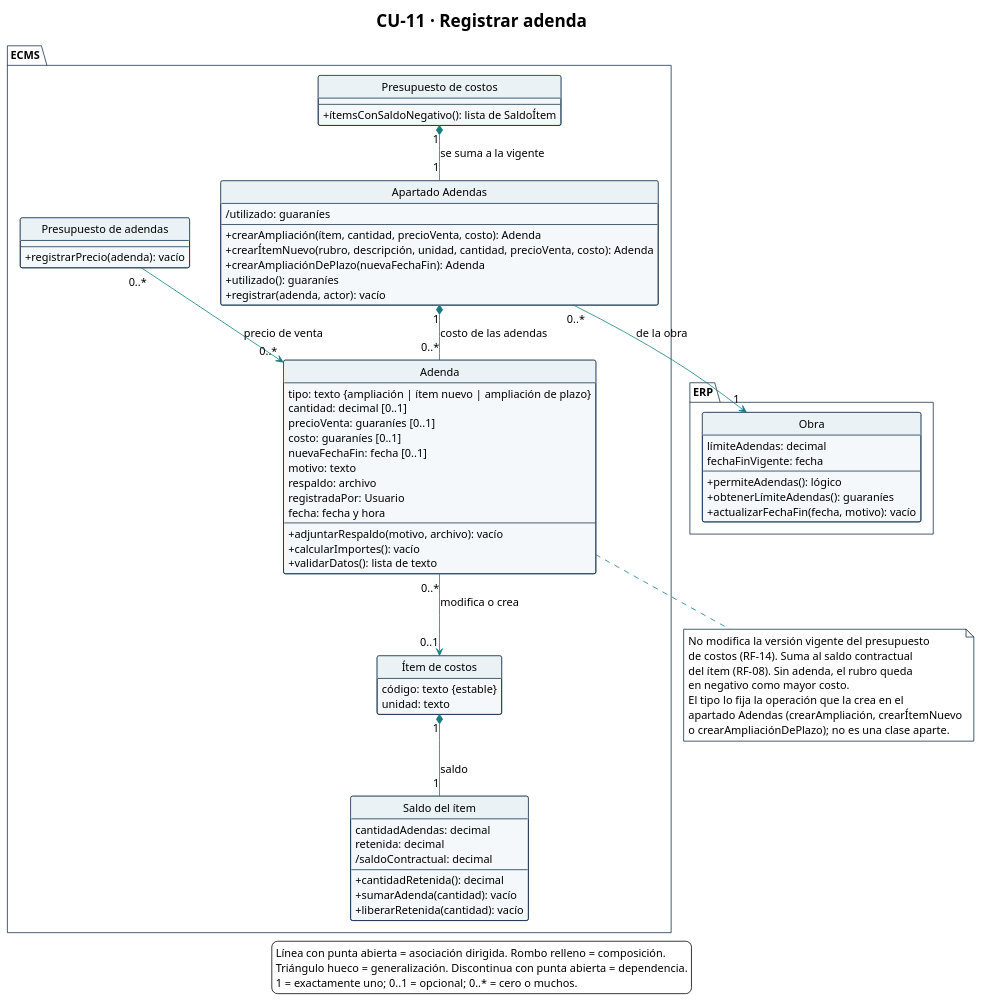
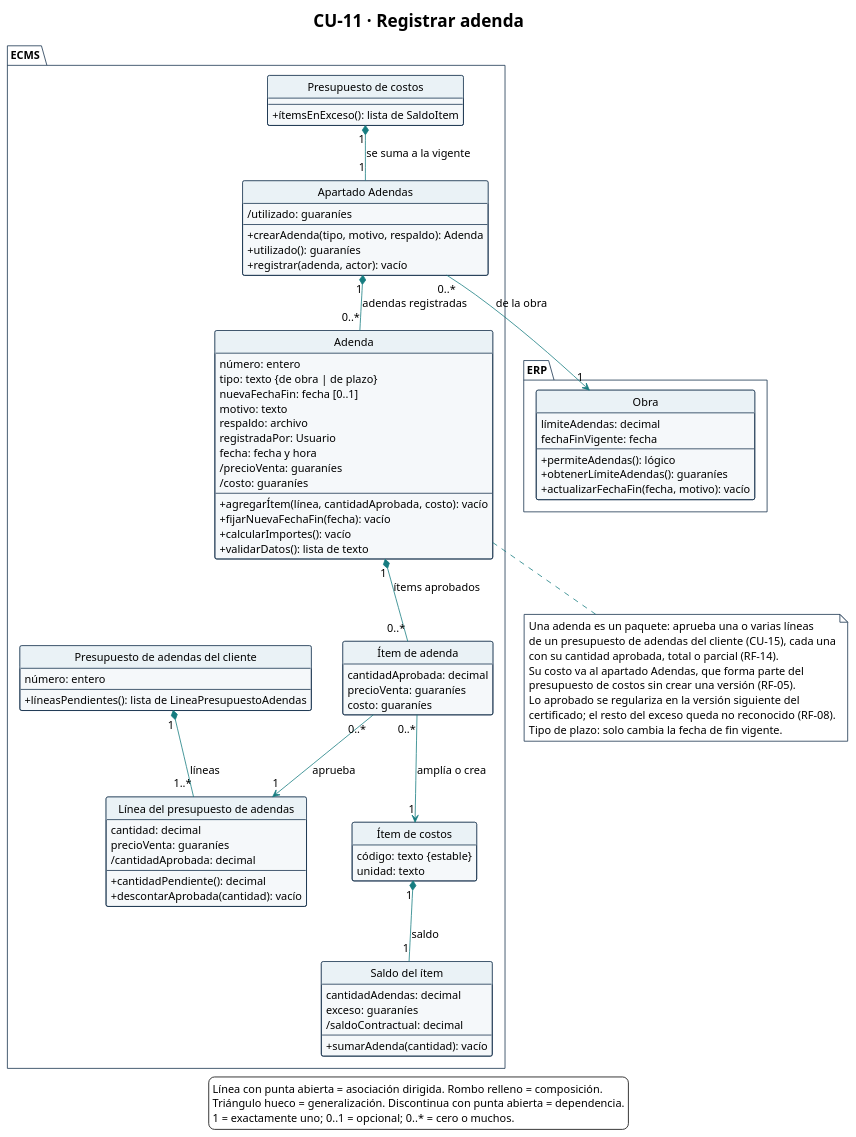
Before and after one commit to Ssrrb/tpf-uca: the diagram in diagramas/CU-11-clases.puml, drawn with PlantUML. The commit also changed 16 other files, not shown here.

First line of the commit message:
Exceso por monto en el cálculo y adendas por paquete

```diff
--- a/diagramas/CU-11-clases.puml
+++ b/diagramas/CU-11-clases.puml
@@ -1,115 +1,130 @@
 @startuml
 !theme plain
 skinparam style strictuml
 title CU-11 · Registrar adenda
 hide circle
 hide empty methods
 hide empty fields
 skinparam shadowing false
 skinparam classAttributeIconSize 0
 skinparam defaultFontName Arial
 skinparam defaultFontSize 14
 skinparam nodesep 40
 skinparam ranksep 50
 skinparam ArrowColor #167C80
 skinparam class {
   BackgroundColor #F5F8FA
   BorderColor #17324D
   HeaderBackgroundColor #EAF2F6
 }
 skinparam package {
   BackgroundColor #FFFFFF
   BorderColor #17324D
 }
 skinparam note {
   BackgroundColor #FFFFFF
   BorderColor #17324D
 }
 package "ECMS" {
   class "Presupuesto de costos" as PresupuestoCostos {
     --
-    + ítemsConSaldoNegativo(): lista de SaldoÍtem
+    + ítemsEnExceso(): lista de SaldoItem
   }
 
   class "Apartado Adendas" as ApartadoAdendas {
     /utilizado: guaraníes
     --
-    + crearAmpliación(ítem, cantidad, precioVenta, costo): Adenda
-    + crearÍtemNuevo(rubro, descripción, unidad, cantidad, precioVenta, costo): Adenda
-    + crearAmpliaciónDePlazo(nuevaFechaFin): Adenda
+    + crearAdenda(tipo, motivo, respaldo): Adenda
     + utilizado(): guaraníes
     + registrar(adenda, actor): vacío
   }
 
   class Adenda {
-    tipo: texto {ampliación | ítem nuevo | ampliación de plazo}
-    cantidad: decimal [0..1]
-    precioVenta: guaraníes [0..1]
-    costo: guaraníes [0..1]
+    número: entero
+    tipo: texto {de obra | de plazo}
     nuevaFechaFin: fecha [0..1]
     motivo: texto
     respaldo: archivo
     registradaPor: Usuario
     fecha: fecha y hora
+    /precioVenta: guaraníes
+    /costo: guaraníes
     --
-    + adjuntarRespaldo(motivo, archivo): vacío
+    + agregarÍtem(línea, cantidadAprobada, costo): vacío
+    + fijarNuevaFechaFin(fecha): vacío
     + calcularImportes(): vacío
     + validarDatos(): lista de texto
   }
 
-  class "Presupuesto de adendas" as PresupuestoAdendas {
+  class "Ítem de adenda" as ItemAdenda {
+    cantidadAprobada: decimal
+    precioVenta: guaraníes
+    costo: guaraníes
+  }
+
+  class "Presupuesto de adendas del cliente" as PresupuestoAdendas {
+    número: entero
     --
-    + registrarPrecio(adenda): vacío
+    + líneasPendientes(): lista de LineaPresupuestoAdendas
+  }
+
+  class "Línea del presupuesto de adendas" as LineaPresupuestoAdendas {
+    cantidad: decimal
+    precioVenta: guaraníes
+    /cantidadAprobada: decimal
+    --
+    + cantidadPendiente(): decimal
+    + descontarAprobada(cantidad): vacío
   }
 
   class "Ítem de costos" as ItemCostos {
     código: texto {estable}
     unidad: texto
   }
 
   class "Saldo del ítem" as SaldoItem {
     cantidadAdendas: decimal
-    retenida: decimal
+    exceso: guaraníes
     /saldoContractual: decimal
     --
-    + cantidadRetenida(): decimal
     + sumarAdenda(cantidad): vacío
-    + liberarRetenida(cantidad): vacío
   }
-
 }
 
 package "ERP" {
   class Obra {
     límiteAdendas: decimal
     fechaFinVigente: fecha
     --
     + permiteAdendas(): lógico
     + obtenerLímiteAdendas(): guaraníes
     + actualizarFechaFin(fecha, motivo): vacío
   }
 }
 
 PresupuestoCostos "1" *-- "1" ApartadoAdendas : se suma a la vigente
-ApartadoAdendas "1" *-- "0..*" Adenda : costo de las adendas
-Adenda "0..*" --> "0..1" ItemCostos : modifica o crea
+ApartadoAdendas "1" *-- "0..*" Adenda : adendas registradas
+Adenda "1" *-- "0..*" ItemAdenda : ítems aprobados
+ItemAdenda "0..*" --> "1" LineaPresupuestoAdendas : aprueba
+ItemAdenda "0..*" --> "1" ItemCostos : amplía o crea
+PresupuestoAdendas "1" *-- "1..*" LineaPresupuestoAdendas : líneas
 ItemCostos "1" *-- "1" SaldoItem : saldo
-PresupuestoAdendas "0..*" --> "0..*" Adenda : precio de venta
 ApartadoAdendas "0..*" --> "1" Obra : de la obra
 
 note bottom of Adenda
-  No modifica la versión vigente del presupuesto
-  de costos (RF-14). Suma al saldo contractual
-  del ítem (RF-08). Sin adenda, el rubro queda
-  en negativo como mayor costo.
-  El tipo lo fija la operación que la crea en el
-  apartado Adendas (crearAmpliación, crearÍtemNuevo
-  o crearAmpliaciónDePlazo); no es una clase aparte.
+  Una adenda es un paquete: aprueba una o varias líneas
+  de un presupuesto de adendas del cliente (CU-15), cada una
+  con su cantidad aprobada, total o parcial (RF-14).
+  Su costo va al apartado Adendas, que forma parte del
+  presupuesto de costos sin crear una versión (RF-05).
+  Lo aprobado se regulariza en la versión siguiente del
+  certificado; el resto del exceso queda no reconocido (RF-08).
+  Tipo de plazo: solo cambia la fecha de fin vigente.
 end note
 
 legend bottom
   Línea con punta abierta = asociación dirigida. Rombo relleno = composición.
   Triángulo hueco = generalización. Discontinua con punta abierta = dependencia.
   1 = exactamente uno; 0..1 = opcional; 0..* = cero o muchos.
 endlegend
 @enduml
```
